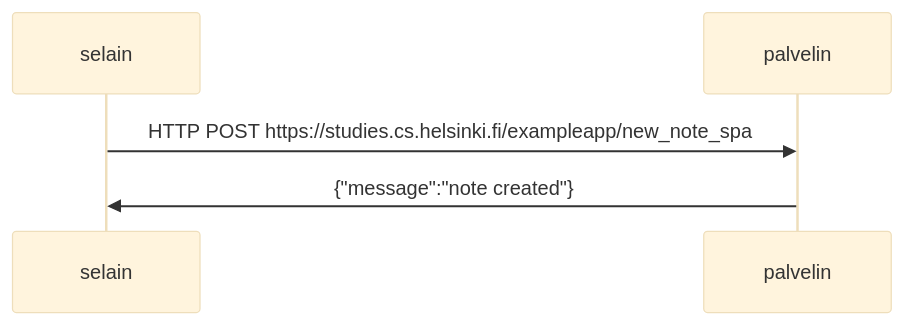
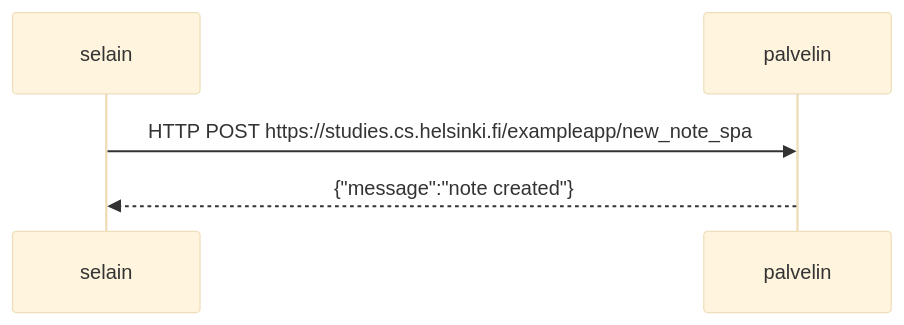
Before and after one commit to oliviahorjamo/Full-Stack-Open-2022: the diagram in Osa 0/tehtava_0.6.md, drawn with Mermaid (base theme).

````diff
--- a/Osa 0/tehtava_0.6.md
+++ b/Osa 0/tehtava_0.6.md
@@ -1,7 +1,7 @@
 ```mermaid
 sequenceDiagram
   participant selain
   participant palvelin
   selain->>palvelin: HTTP POST https://studies.cs.helsinki.fi/exampleapp/new_note_spa
-  palvelin->>selain: {"message":"note created"}
+  palvelin-->>selain: {"message":"note created"}
 ```
````
